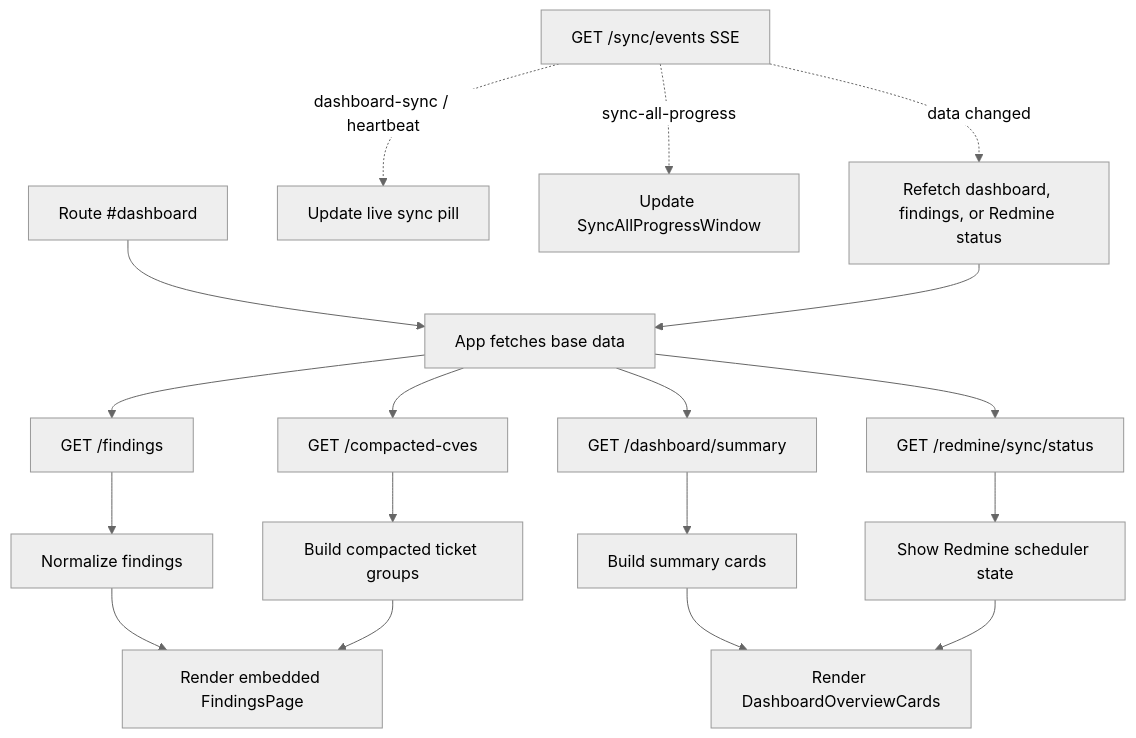
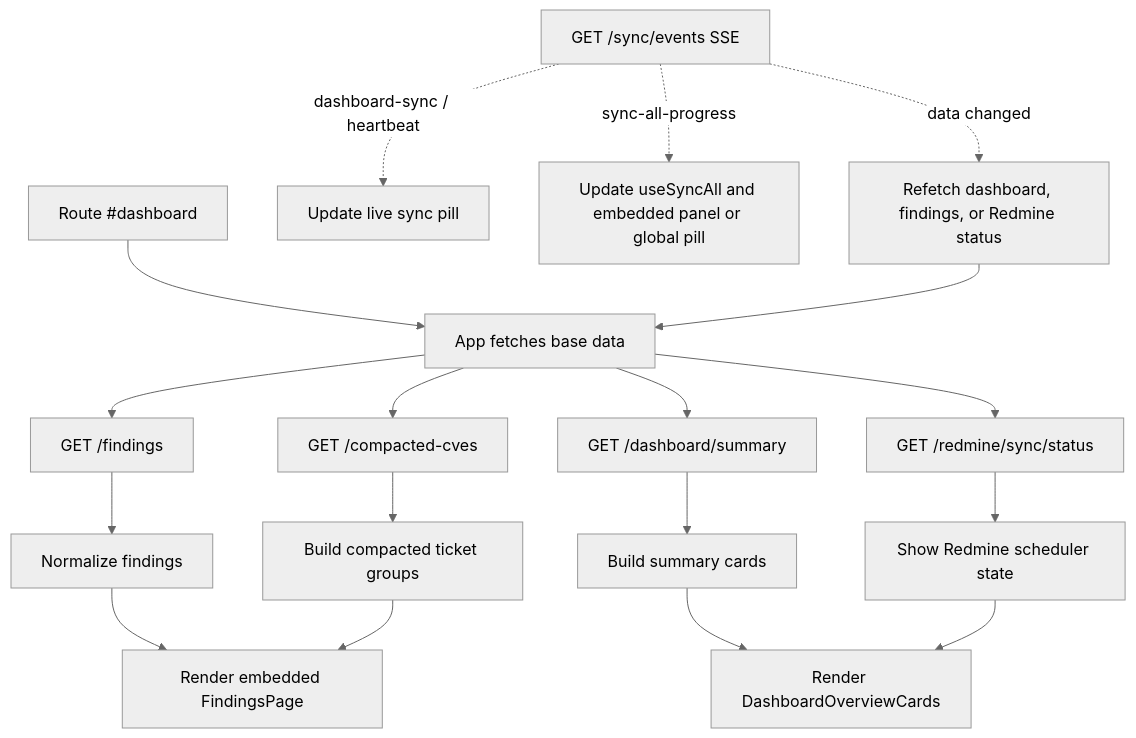
The fourth of 19 diagrams in apps/vulnerability/docs/feature-workflows.md (Ratthapoom681/Middleware-2.0), drawn with Mermaid (neutral theme) before and after one commit. The commit also changed other lines of this file and 73 other files, not shown here.

````diff
--- a/apps/vulnerability/docs/feature-workflows.md
+++ b/apps/vulnerability/docs/feature-workflows.md
@@ -104,20 +105,20 @@
 ```mermaid
 flowchart TD
   A["Route #dashboard"] --> B["App fetches base data"]
   B --> C["GET /findings"]
   B --> D["GET /dashboard/summary"]
   B --> E["GET /compacted-cves"]
   B --> F["GET /redmine/sync/status"]
   C --> G["Normalize findings"]
   D --> H["Build summary cards"]
   E --> I["Build compacted ticket groups"]
   F --> J["Show Redmine scheduler state"]
   G --> K["Render embedded FindingsPage"]
   H --> L["Render DashboardOverviewCards"]
   I --> K
   J --> L
   M["GET /sync/events SSE"] -. "dashboard-sync / heartbeat" .-> N["Update live sync pill"]
-  M -. "sync-all-progress" .-> O["Update SyncAllProgressWindow"]
+  M -. "sync-all-progress" .-> O["Update useSyncAll and embedded panel or global pill"]
   M -. "data changed" .-> P["Refetch dashboard, findings, or Redmine status"]
   P --> B
 ```
````
